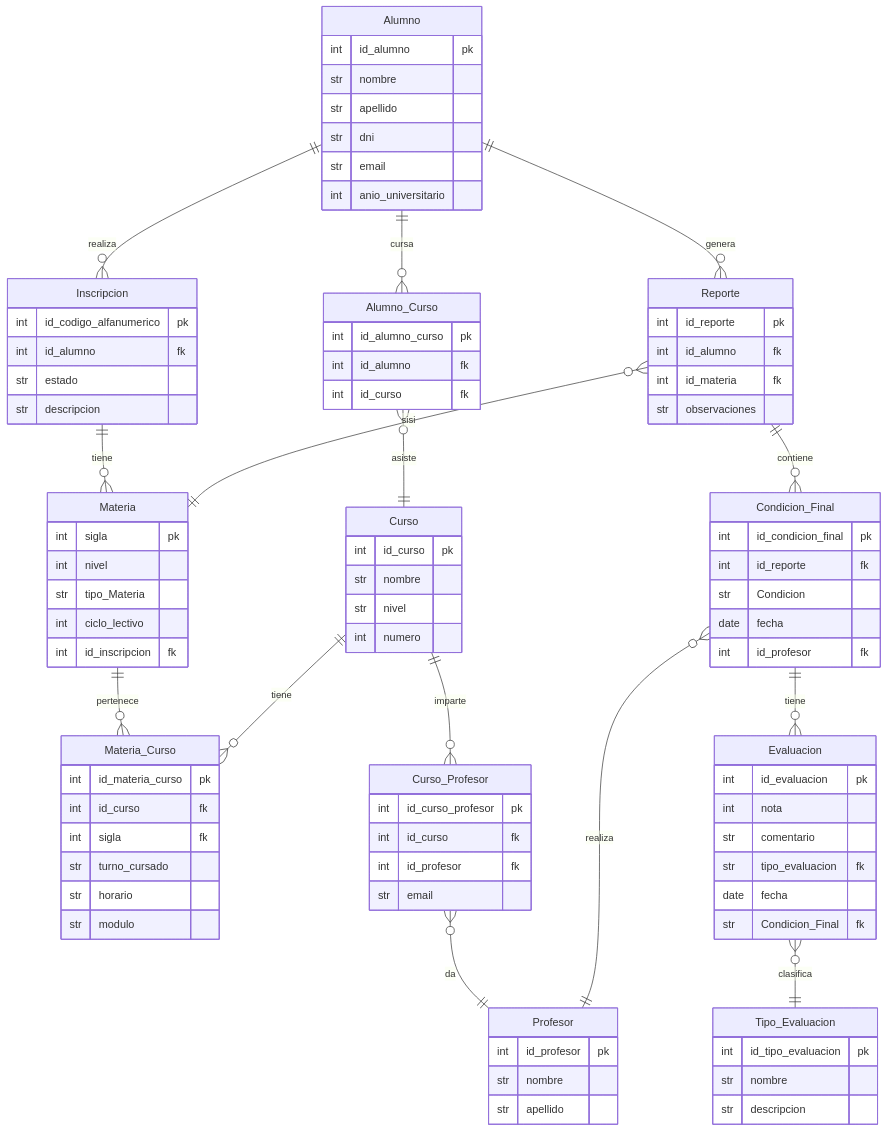
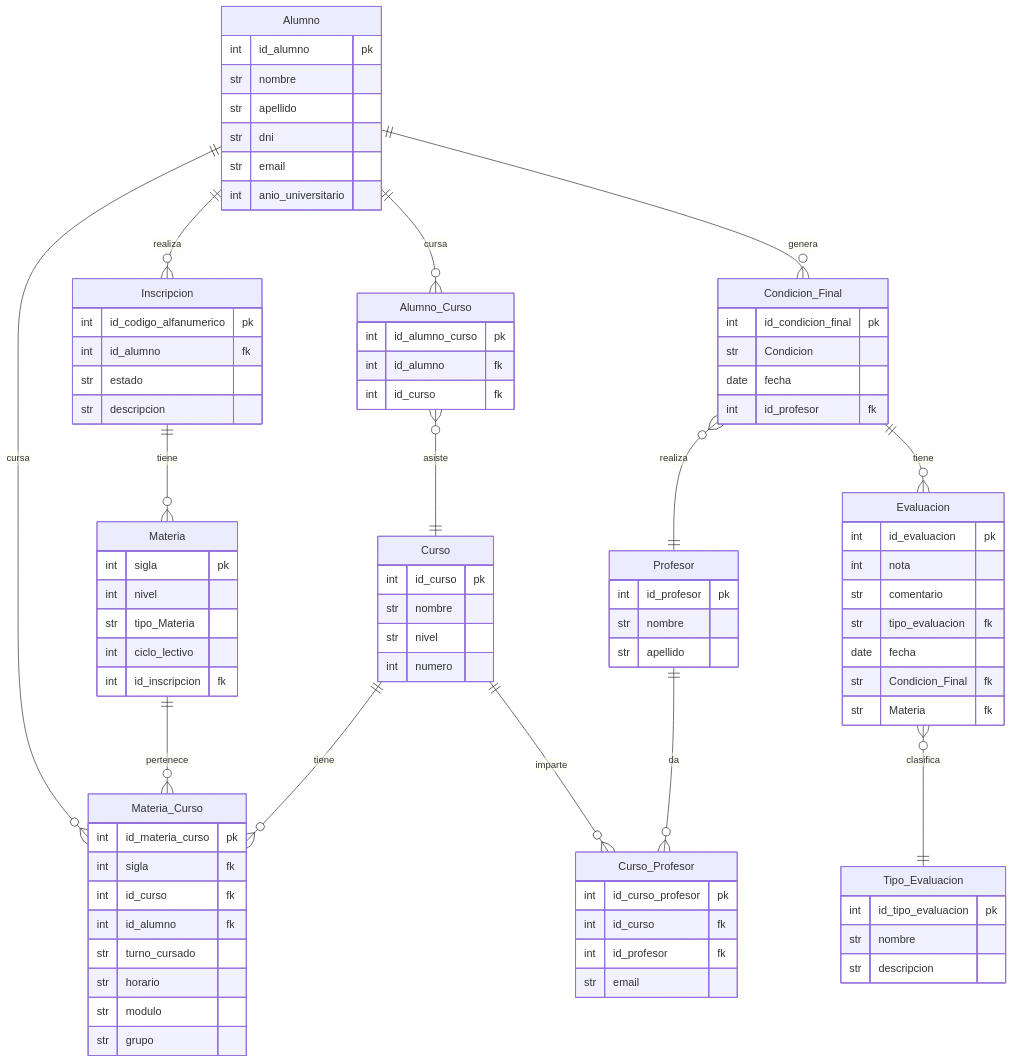
One commit to Villada-PG3/trabajo-practico-integrador-universidad-tecnologica-nacional changed the diagram in docs/BD_real.mermaid. Above: the diagram before and after it, drawn with Mermaid. The commit also changed other lines of this file and 1 other file, not shown here.

```diff
--- a/docs/BD_real.mermaid
+++ b/docs/BD_real.mermaid
@@ -1,94 +1,89 @@
 erDiagram
     Alumno{
         int id_alumno pk
         str nombre
         str apellido
         str dni
         str email
         int anio_universitario
     }
     Materia{
         int sigla pk
         int nivel
         str tipo_Materia
         int ciclo_lectivo
         int id_inscripcion fk
 
     }
     Curso{
         int id_curso pk
         str nombre
         str nivel
         int numero
     }
     Materia_Curso{
         int id_materia_curso pk
+        int sigla fk
         int id_curso fk
-        int sigla fk
+        int id_alumno fk
         str turno_cursado
         str horario
         str modulo
+        str grupo
     }
     Inscripcion{
         int id_codigo_alfanumerico pk
         int id_alumno fk
         str estado
         str descripcion
     }
     Alumno_Curso{
         int id_alumno_curso pk
         int id_alumno fk
         int id_curso fk
     }
     Evaluacion{
         int id_evaluacion pk
         int nota
         str comentario
         str tipo_evaluacion fk
         date fecha
         str Condicion_Final fk
+        str Materia fk
     }
     Tipo_Evaluacion{
         int id_tipo_evaluacion pk
         str nombre
         str descripcion
     }
     Condicion_Final{
         int id_condicion_final pk
-        int id_reporte fk
         str Condicion
         date fecha
         int id_profesor fk
-    }
-    Reporte{
-        int id_reporte pk
-        int id_alumno fk
-        int id_materia fk
-        str observaciones
     }
     Profesor{
         int id_profesor pk
         str nombre
         str apellido
     }
     Curso_Profesor{
         int id_curso_profesor pk
         int id_curso fk
         int id_profesor fk
         str email
     }
 
     Alumno ||--o{ Inscripcion : realiza
     Alumno ||--o{ Alumno_Curso : cursa
-    Alumno ||--o{ Reporte : genera
+    Alumno ||--o{ Condicion_Final : genera
+    Alumno ||--o{ Materia_Curso : cursa
     Inscripcion ||--o{ Materia : tiene
     Materia ||--o{ Materia_Curso : pertenece
     Curso ||--o{ Materia_Curso : tiene
     Curso ||--o{ Curso_Profesor : imparte
-    Curso_Profesor }o--|| Profesor : da
+    Profesor ||--o{ Curso_Profesor : da
     Alumno_Curso }o--|| Curso : asiste
-    Reporte ||--o{ Condicion_Final : contiene
-    Reporte }o--|| Materia : sisi
     Condicion_Final ||--o{ Evaluacion : tiene
     Evaluacion }o--|| Tipo_Evaluacion  : clasifica
     Condicion_Final }o--|| Profesor : realiza
```
